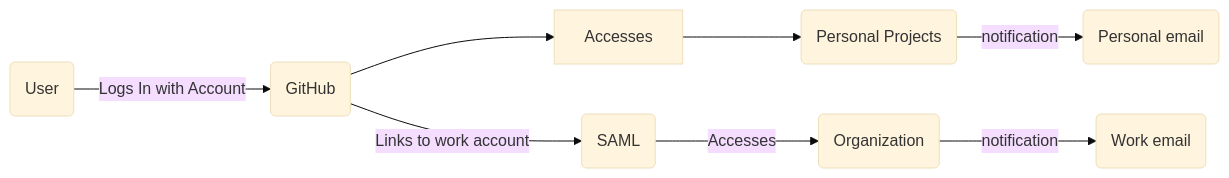
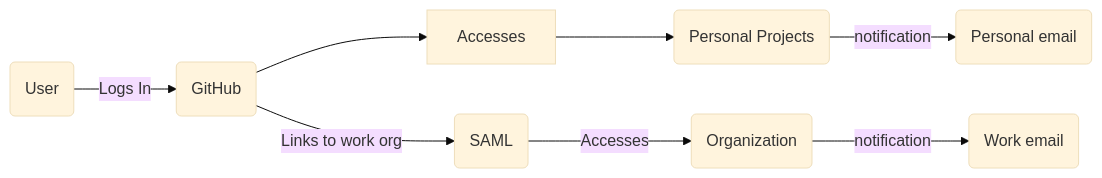
The diagram in content/posts/safer-github-setup.md (GuillaumeRoss/oops.computer), drawn with Mermaid (base theme) before and after one commit. The commit also changed other lines of this file, not shown here.

```diff
--- a/content/posts/safer-github-setup.md
+++ b/content/posts/safer-github-setup.md
@@ -43,16 +43,16 @@
 <div class="mermaid">
 graph LR;
 id1(User)
 id2(GitHub)
 id3(Organization)
 id4(SAML)
 id5(Personal email)
 id6(Work email)
 id7(Personal Projects)
 id3--notification-->id6
 id7--notification-->id5
-id1--Logs In with Account-->id2
+id1--Logs In-->id2
 id2-->Accesses-->id7
-id2--Links to work account-->id4
+id2--Links to work org-->id4
 id4--Accesses-->id3
 </div>
```
